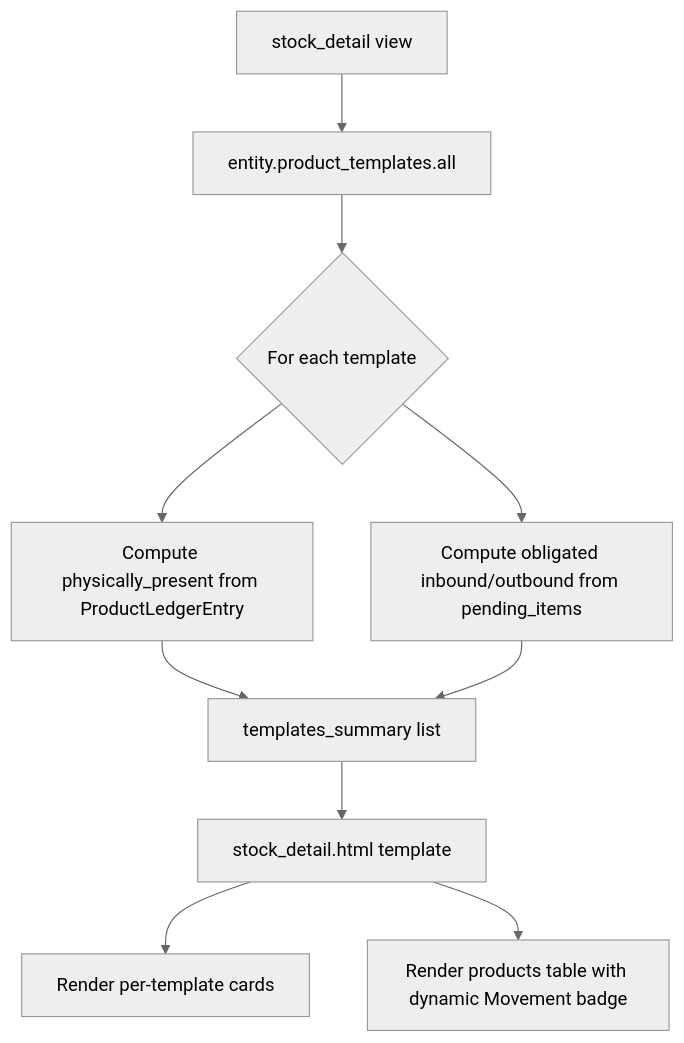
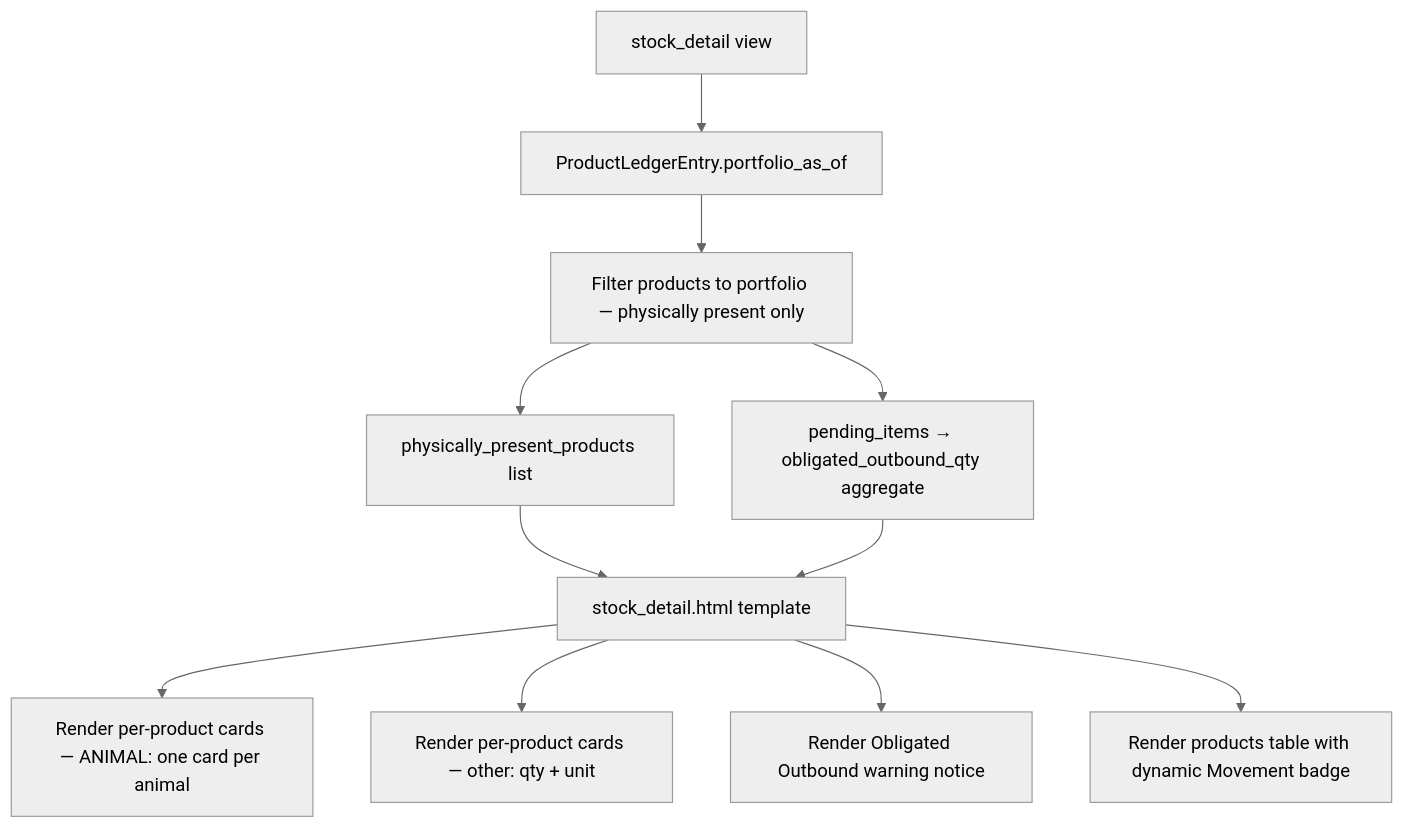
The second of 3 diagrams in ai-plans/stock_detail_improvement.md (tabebqena/farm), drawn with Mermaid (neutral theme) before and after one commit. The commit also changed other lines of this file and 8 other files, not shown here.

First line of the commit message:
feat: rework stock detail with per-product cards and add stock history page

````diff
--- a/ai-plans/stock_detail_improvement.md
+++ b/ai-plans/stock_detail_improvement.md
@@ -115,12 +345,13 @@
 ```mermaid
 flowchart TD
-    A[stock_detail view] --> B[entity.product_templates.all]
-    B --> C{For each template}
-    C --> D[Compute physically_present from ProductLedgerEntry]
-    C --> E[Compute obligated inbound/outbound from pending_items]
-    D --> F[templates_summary list]
+    A[stock_detail view] --> B[ProductLedgerEntry.portfolio_as_of]
+    B --> C[Filter products to portfolio — physically present only]
+    C --> D[physically_present_products list]
+    C --> E[pending_items → obligated_outbound_qty aggregate]
+    D --> F[stock_detail.html template]
     E --> F
-    F --> G[stock_detail.html template]
-    G --> H[Render per-template cards]
-    G --> I[Render products table with dynamic Movement badge]
+    F --> G[Render per-product cards — ANIMAL: one card per animal]
+    F --> H[Render per-product cards — other: qty + unit]
+    F --> I[Render Obligated Outbound warning notice]
+    F --> J[Render products table with dynamic Movement badge]
 ```
````
